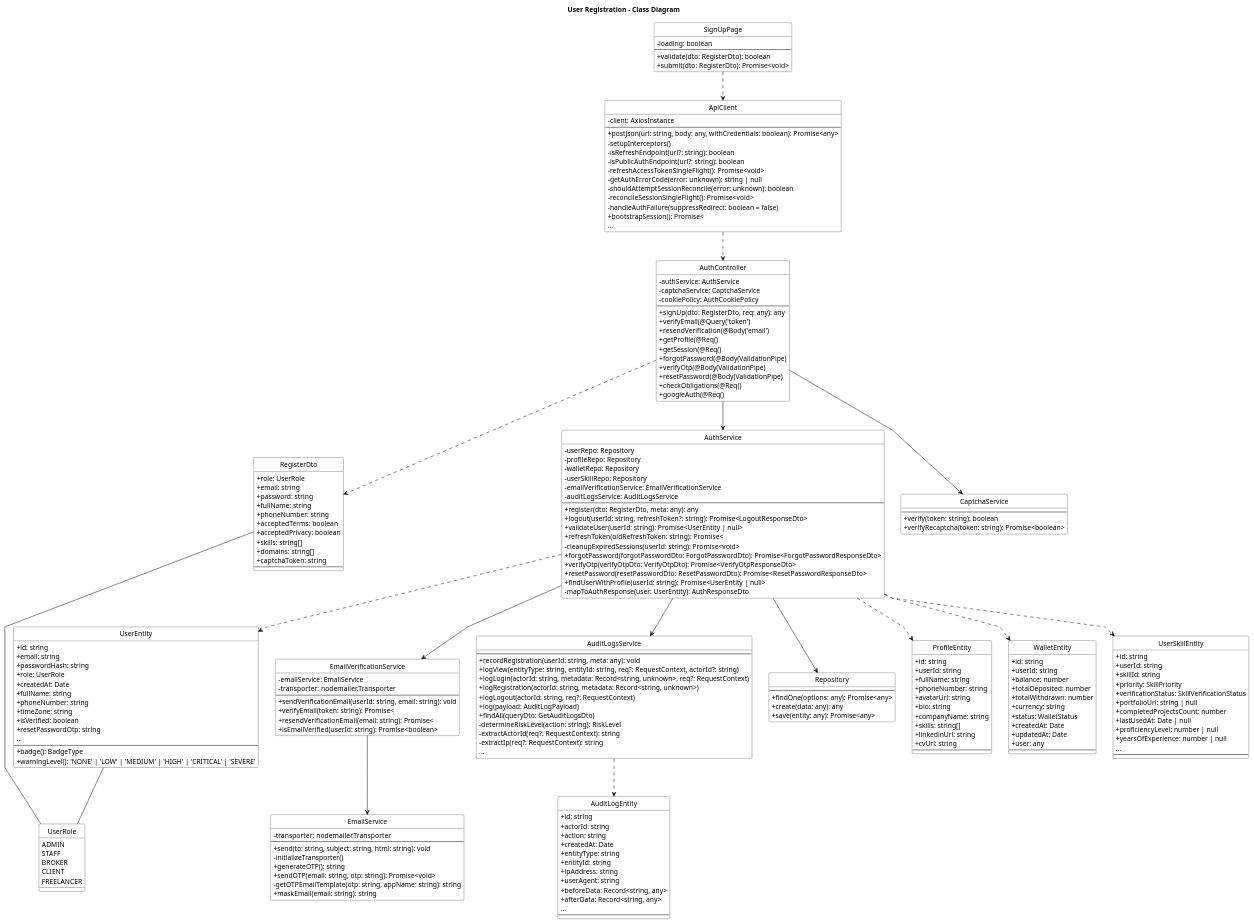
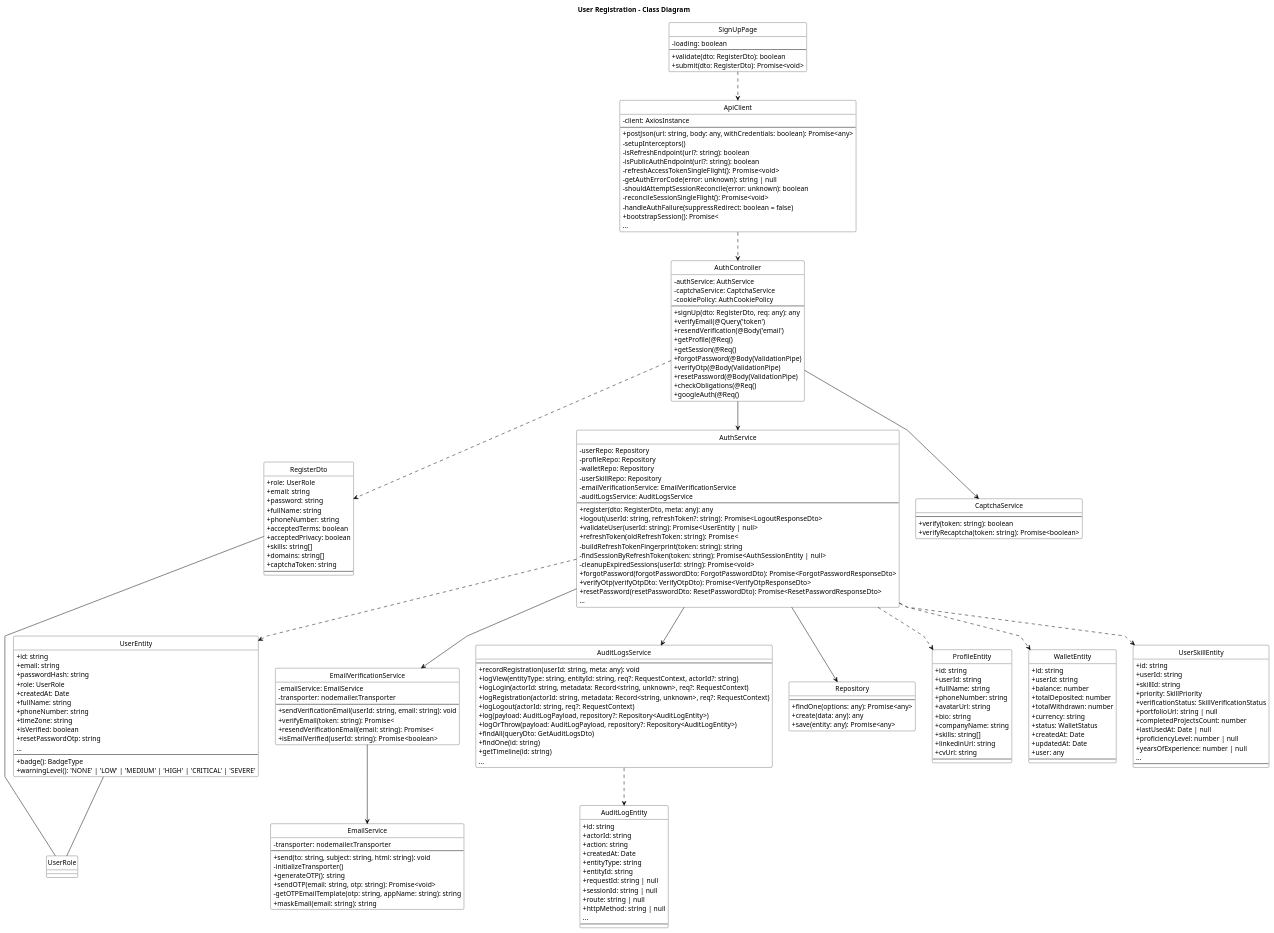
Before and after one commit to bangdcce/SEP492-Project: the diagram in diagram/class_diagrams/register_class_diagram_compact.puml, drawn with PlantUML. The commit also changed 40 other files, not shown here.

```diff
--- a/diagram/class_diagrams/register_class_diagram_compact.puml
+++ b/diagram/class_diagrams/register_class_diagram_compact.puml
@@ -81,12 +81,13 @@
     + logout(userId: string, refreshToken?: string): Promise<LogoutResponseDto>
     + validateUser(userId: string): Promise<UserEntity | null>
     + refreshToken(oldRefreshToken: string): Promise<
+    - buildRefreshTokenFingerprint(token: string): string
+    - findSessionByRefreshToken(token: string): Promise<AuthSessionEntity | null>
     - cleanupExpiredSessions(userId: string): Promise<void>
     + forgotPassword(forgotPasswordDto: ForgotPasswordDto): Promise<ForgotPasswordResponseDto>
     + verifyOtp(verifyOtpDto: VerifyOtpDto): Promise<VerifyOtpResponseDto>
     + resetPassword(resetPasswordDto: ResetPasswordDto): Promise<ResetPasswordResponseDto>
-    + findUserWithProfile(userId: string): Promise<UserEntity | null>
-    - mapToAuthResponse(user: UserEntity): AuthResponseDto
+    ...
 }
 
 class CaptchaService {
@@ -121,13 +122,13 @@
     + recordRegistration(userId: string, meta: any): void
     + logView(entityType: string, entityId: string, req?: RequestContext, actorId?: string)
     + logLogin(actorId: string, metadata: Record<string, unknown>, req?: RequestContext)
-    + logRegistration(actorId: string, metadata: Record<string, unknown>)
+    + logRegistration(actorId: string, metadata: Record<string, unknown>, req?: RequestContext)
     + logLogout(actorId: string, req?: RequestContext)
-    + log(payload: AuditLogPayload)
+    + log(payload: AuditLogPayload, repository?: Repository<AuditLogEntity>)
+    + logOrThrow(payload: AuditLogPayload, repository?: Repository<AuditLogEntity>)
     + findAll(queryDto: GetAuditLogsDto)
-    - determineRiskLevel(action: string): RiskLevel
-    - extractActorId(req?: RequestContext): string
-    - extractIp(req?: RequestContext): string
+    + findOne(id: string)
+    + getTimeline(id: string)
     ...
 }
 
@@ -198,13 +199,6 @@
     --
 }
 
-enum UserRole {
-    ADMIN
-    STAFF
-    BROKER
-    CLIENT
-    FREELANCER
-}
 
 class AuditLogEntity {
     + id: string
@@ -213,10 +207,10 @@
     + createdAt: Date
     + entityType: string
     + entityId: string
-    + ipAddress: string
-    + userAgent: string
-    + beforeData: Record<string, any>
-    + afterData: Record<string, any>
+    + requestId: string | null
+    + sessionId: string | null
+    + route: string | null
+    + httpMethod: string | null
     ...
     --
 }
```
